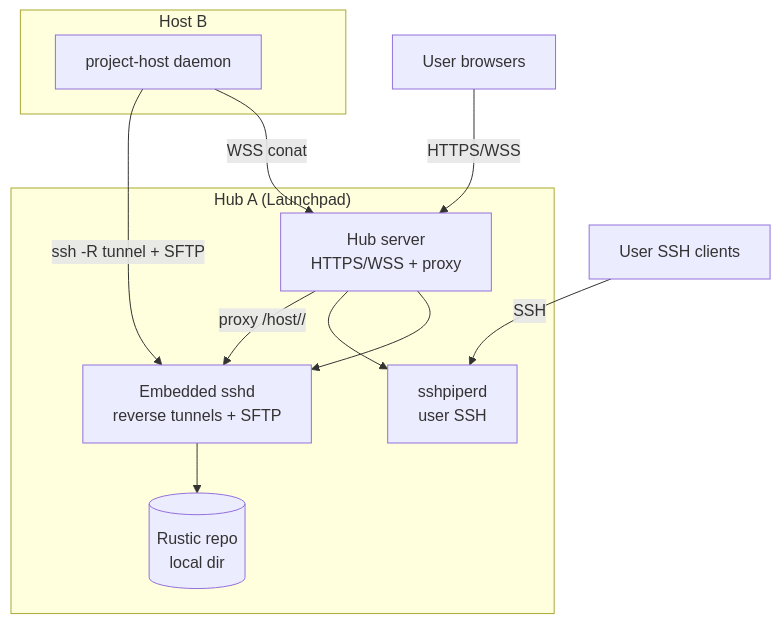
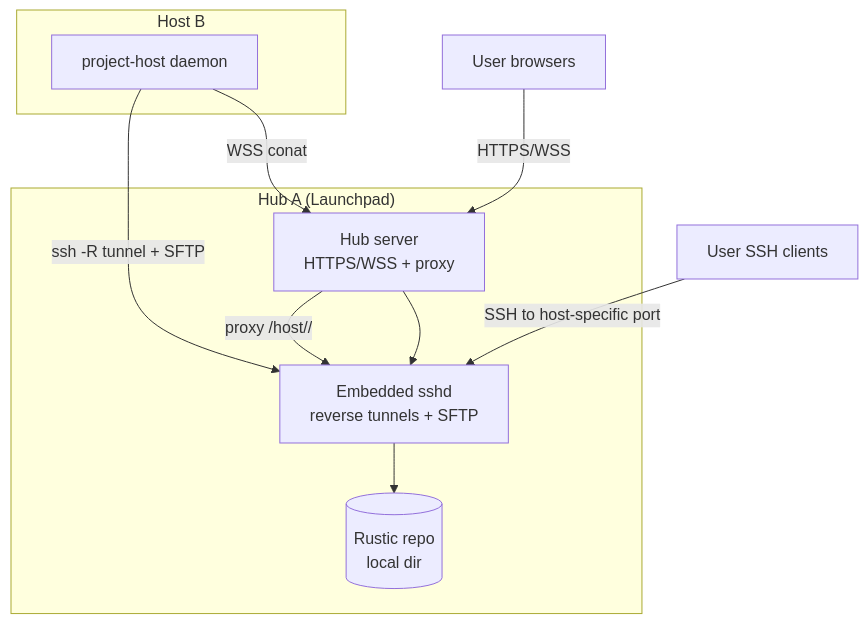
One commit to sagemathinc/cocalc-ai changed the diagram in src/.agents/minimal-onprem-cloud.md. Above: the diagram before and after it, drawn with Mermaid. The commit also changed other lines of this file and 8 other files, not shown here.

Commit message:
min-onprem: on prem hub now starts sshd subprocess

````diff
--- a/src/.agents/minimal-onprem-cloud.md
+++ b/src/.agents/minimal-onprem-cloud.md
@@ -16,22 +16,20 @@
 ```mermaid
 flowchart TD
   subgraph HubA["Hub A (Launchpad)"]
     HUB[Hub server<br/>HTTPS/WSS + proxy]
     SSHD[Embedded sshd<br/>reverse tunnels + SFTP]
-    SSHP[sshpiperd<br/>user SSH]
     REPO[(Rustic repo<br/>local dir)]
     HUB --> SSHD
-    HUB --> SSHP
     SSHD --> REPO
   end
 
   subgraph HostB["Host B"]
     PH[project-host daemon]
   end
 
   Users["User browsers"] -->|HTTPS/WSS| HUB
-  UsersSSH["User SSH clients"] -->|SSH| SSHP
+  UsersSSH["User SSH clients"] -->|SSH to host-specific port| SSHD
   PH -->|WSS conat| HUB
   PH -->|ssh -R tunnel + SFTP| SSHD
   HUB -->|proxy /host/<id>/| SSHD
 ```
````
